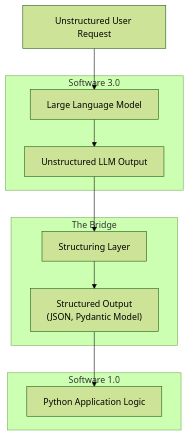
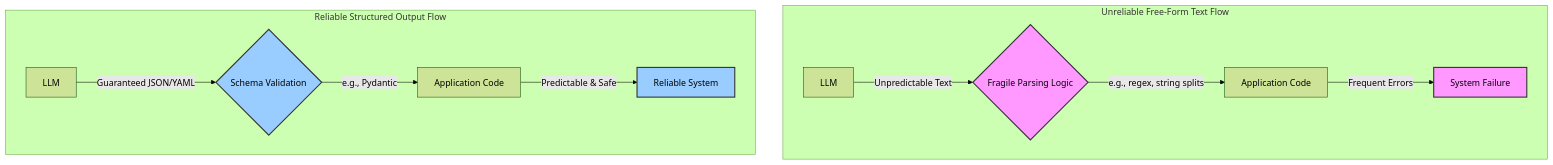
One commit to shoaibkhanz/agentic-ai-engineering-course changed the diagram in lessons/05_structured_outputs/article.md. Above: the diagram before and after it, drawn with Mermaid (forest theme). The commit also changed other lines of this file and 3 other files, not shown here.

````diff
--- a/lessons/05_structured_outputs/article.md
+++ b/lessons/05_structured_outputs/article.md
@@ -25,19 +27,19 @@
 ```mermaid
 graph TD
-    A[Unstructured User Request] --> B[Large Language Model]
-    B --> C[Unstructured LLM Output]
-    C --> D[Structuring Layer]
-    D --> E["Structured Output<br/>(JSON, Pydantic Model)"]
-    E --> F[Python Application Logic]
-    subgraph S1 [Software 1.0]
-        F
+    subgraph "Unreliable Free-Form Text Flow"
+        A[LLM] -- "Unpredictable Text" --> B{Fragile Parsing Logic};
+        B -- "e.g., regex, string splits" --> C[Application Code];
+        C -- "Frequent Errors" --> D[System Failure];
     end
-    subgraph S3 [Software 3.0]
-        B
-        C
+
+    subgraph "Reliable Structured Output Flow"
+        E[LLM] -- "Guaranteed JSON/YAML" --> F{Schema Validation};
+        F -- "e.g., Pydantic" --> G[Application Code];
+        G -- "Predictable & Safe" --> H[Reliable System];
     end
-    subgraph Bridge [The Bridge]
-        D
-        E
-    end
+
+    style B fill:#f9f,stroke:#333,stroke-width:2px
+    style D fill:#f9f,stroke:#333,stroke-width:2px
+    style F fill:#9cf,stroke:#333,stroke-width:2px
+    style H fill:#9cf,stroke:#333,stroke-width:2px
 ```
````
